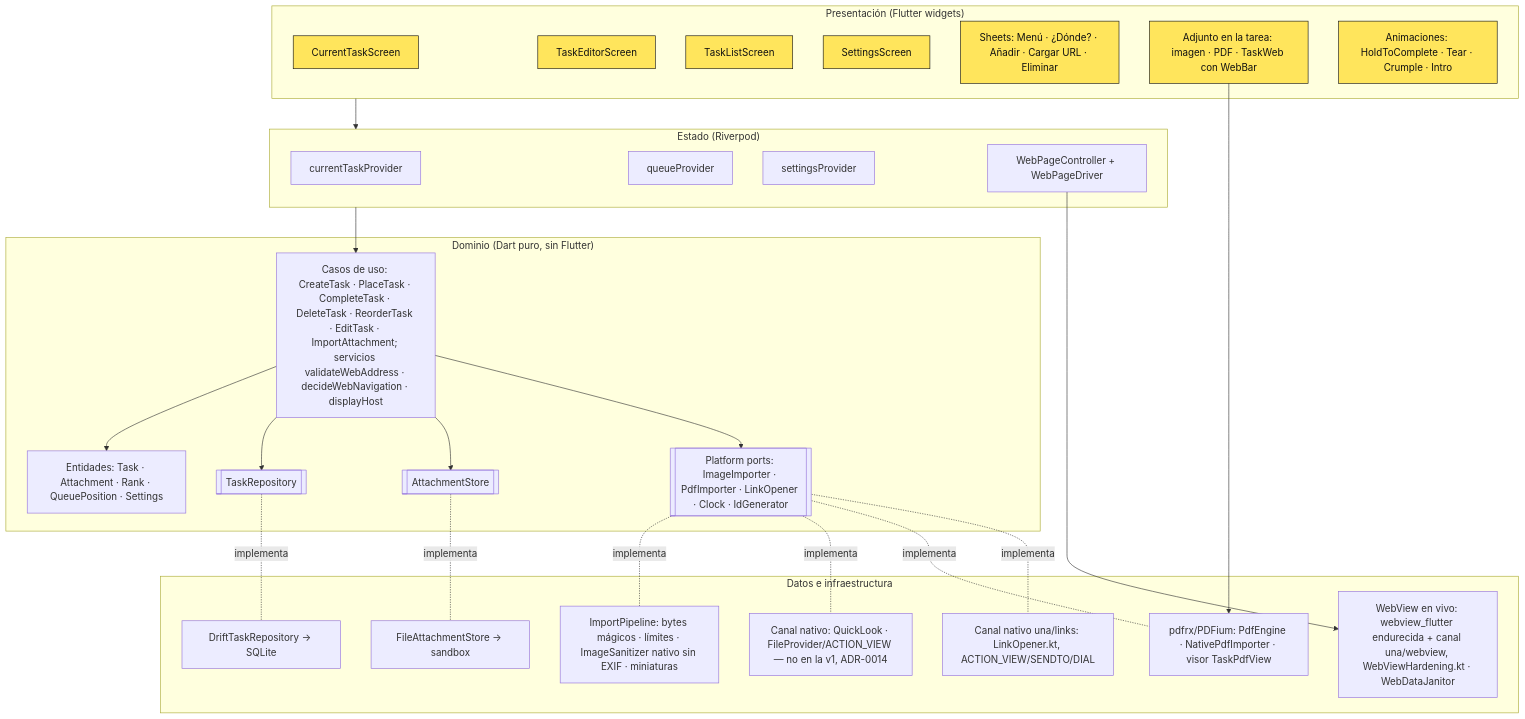
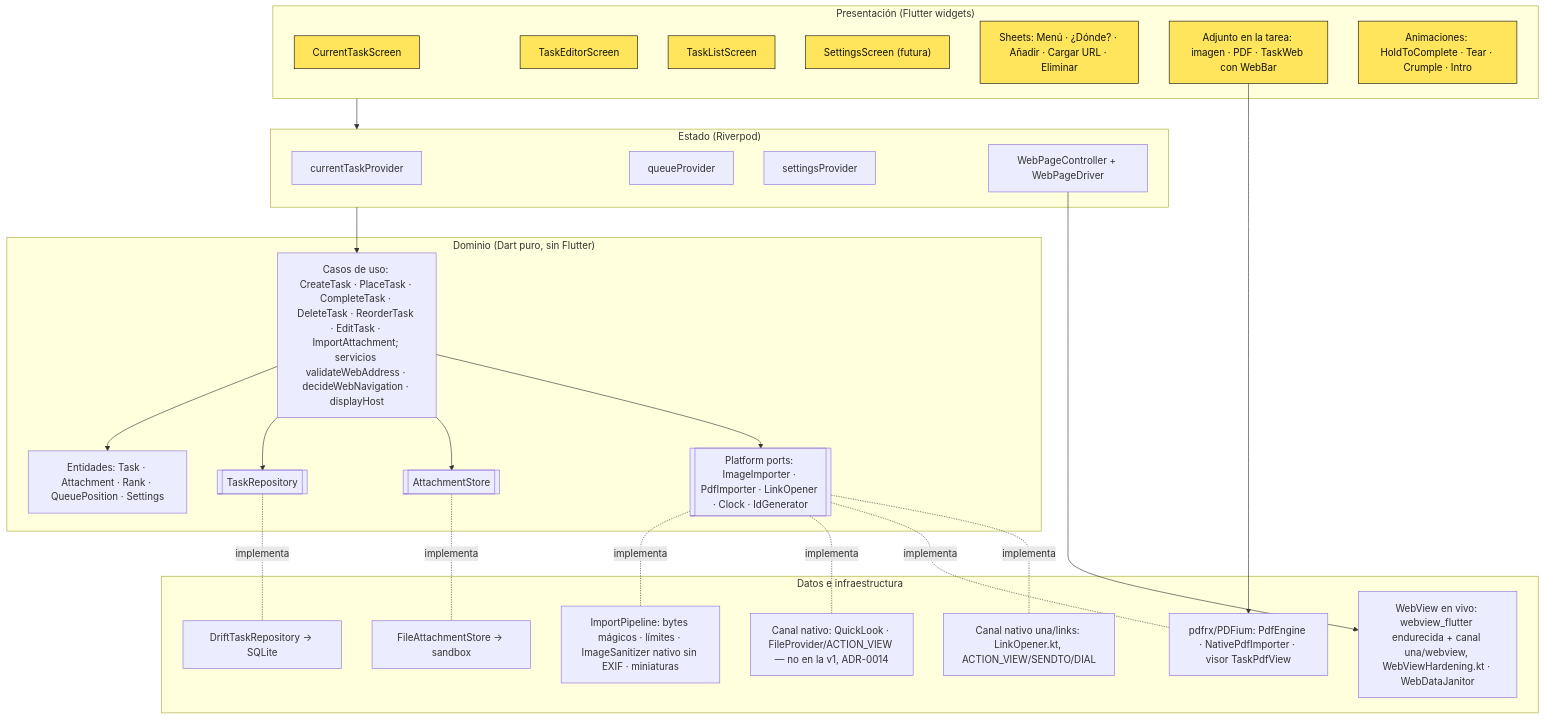
One commit to svallev/una changed the first of 4 diagrams in docs/architecture.md. Above: the diagram before and after it, drawn with Mermaid. The commit also changed other lines of this file and 33 other files, not shown here.

````diff
--- a/docs/architecture.md
+++ b/docs/architecture.md
@@ -7,43 +7,43 @@
 ```mermaid
 flowchart TB
   subgraph UI["Presentación (Flutter widgets)"]
     S1[CurrentTaskScreen]:::ui
     S2[TaskEditorScreen]:::ui
     S3[TaskListScreen]:::ui
-    S4[SettingsScreen]:::ui
+    S4["SettingsScreen (futura)"]:::ui
     SH[Sheets: Menú · ¿Dónde? · Añadir · Cargar URL · Eliminar]:::ui
     V[Adjunto en la tarea: imagen · PDF · TaskWeb con WebBar]:::ui
     FX[Animaciones: HoldToComplete · Tear · Crumple · Intro]:::ui
   end
   subgraph STATE["Estado (Riverpod)"]
     P1[currentTaskProvider]
     P2[queueProvider]
     P3[settingsProvider]
     P4[WebPageController + WebPageDriver]
   end
   subgraph DOMAIN["Dominio (Dart puro, sin Flutter)"]
     UC[Casos de uso: CreateTask · PlaceTask · CompleteTask · DeleteTask · ReorderTask · EditTask · ImportAttachment; servicios validateWebAddress · decideWebNavigation · displayHost]
     E[Entidades: Task · Attachment · Rank · QueuePosition · Settings]
     RP[[TaskRepository]]
     AS[[AttachmentStore]]
     PF[[Platform ports: ImageImporter · PdfImporter · LinkOpener · Clock · IdGenerator]]
   end
   subgraph DATA["Datos e infraestructura"]
     DR[DriftTaskRepository → SQLite]
     FS[FileAttachmentStore → sandbox]
     IMP[ImportPipeline: bytes mágicos · límites · ImageSanitizer nativo sin EXIF · miniaturas]
     WV[WebView en vivo: webview_flutter endurecida + canal una/webview, WebViewHardening.kt · WebDataJanitor]
     PDF[pdfrx/PDFium: PdfEngine · NativePdfImporter · visor TaskPdfView]
     LNK[Canal nativo una/links: LinkOpener.kt, ACTION_VIEW/SENDTO/DIAL]
     NV[Canal nativo: QuickLook · FileProvider/ACTION_VIEW — no en la v1, ADR-0014]
   end
   UI --> STATE --> UC
   UC --> E
   UC --> RP & AS & PF
   RP -.implementa.- DR
   AS -.implementa.- FS
   PF -.implementa.- IMP & NV & PDF & LNK
   P4 --> WV
   V --> PDF
   classDef ui fill:#FFE55C,stroke:#111,color:#111
 ```
````
